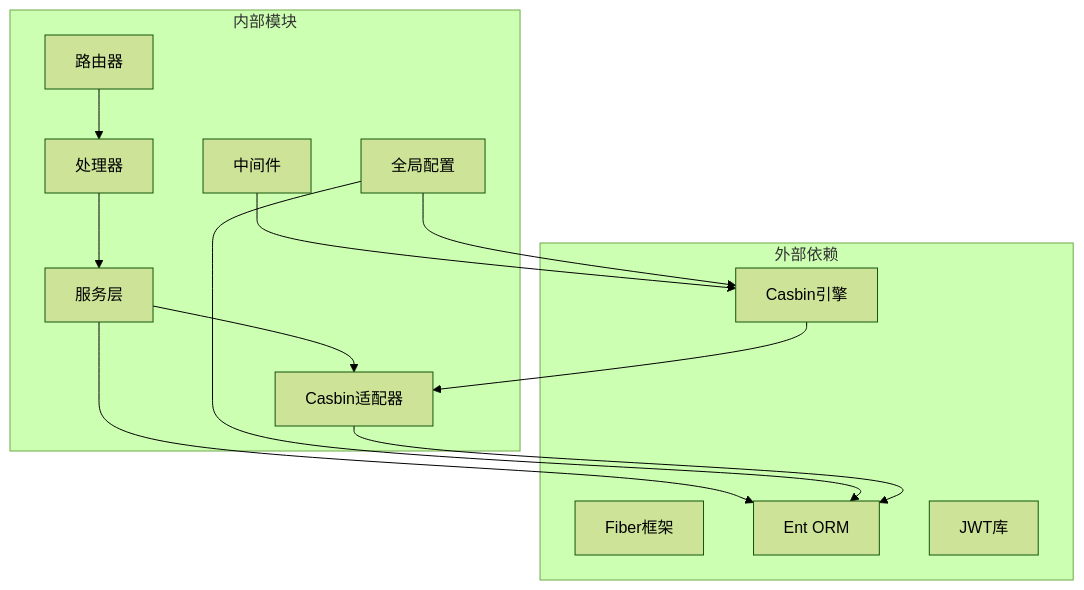
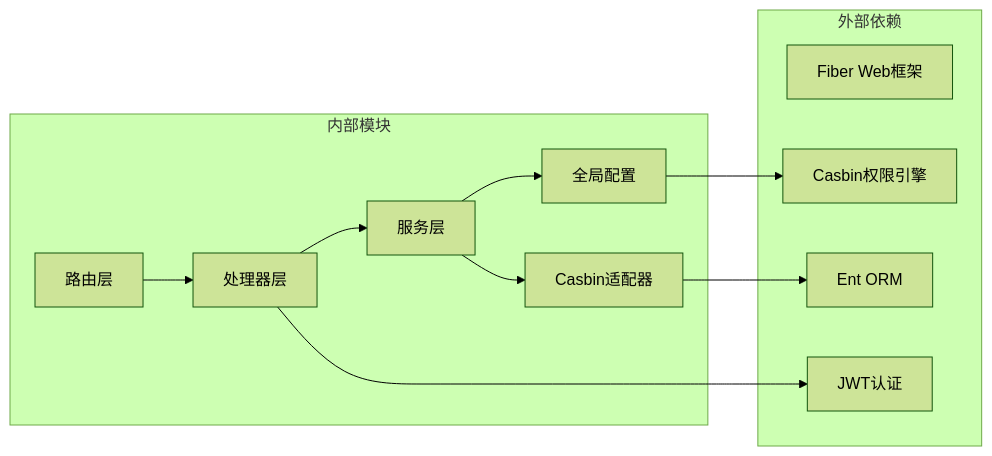
One commit to wuwuseo/e-sports-go-admin changed the fifth of 5 diagrams in .qoder/repowiki/zh/content/API接口文档/角色权限管理接口.md. Above: the diagram before and after it, drawn with Mermaid (forest theme). The commit also changed other lines of this file and 141 other files, not shown here.

````diff
--- a/.qoder/repowiki/zh/content/API接口文档/角色权限管理接口.md
+++ b/.qoder/repowiki/zh/content/API接口文档/角色权限管理接口.md
@@ -454,26 +340,23 @@
 ```mermaid
-graph TB
+graph LR
 subgraph "外部依赖"
-Fiber[Fiber框架]
-Casbin[Casbin引擎]
+Fiber[Fiber Web框架]
+Casbin[Casbin权限引擎]
 Ent[Ent ORM]
-JWT[JWT库]
+JWT[JWT认证]
 end
 subgraph "内部模块"
-Router[路由器]
-Handler[处理器]
+Router[路由层]
+Handler[处理器层]
 Service[服务层]
-Middleware[中间件]
 Adapter[Casbin适配器]
 Global[全局配置]
 end
 Router --> Handler
 Handler --> Service
 Service --> Adapter
-Service --> Ent
-Middleware --> Casbin
+Adapter --> Ent
+Handler --> JWT
+Service --> Global
 Global --> Casbin
-Global --> Ent
-Casbin --> Adapter
-Adapter --> Ent
 ```
````
